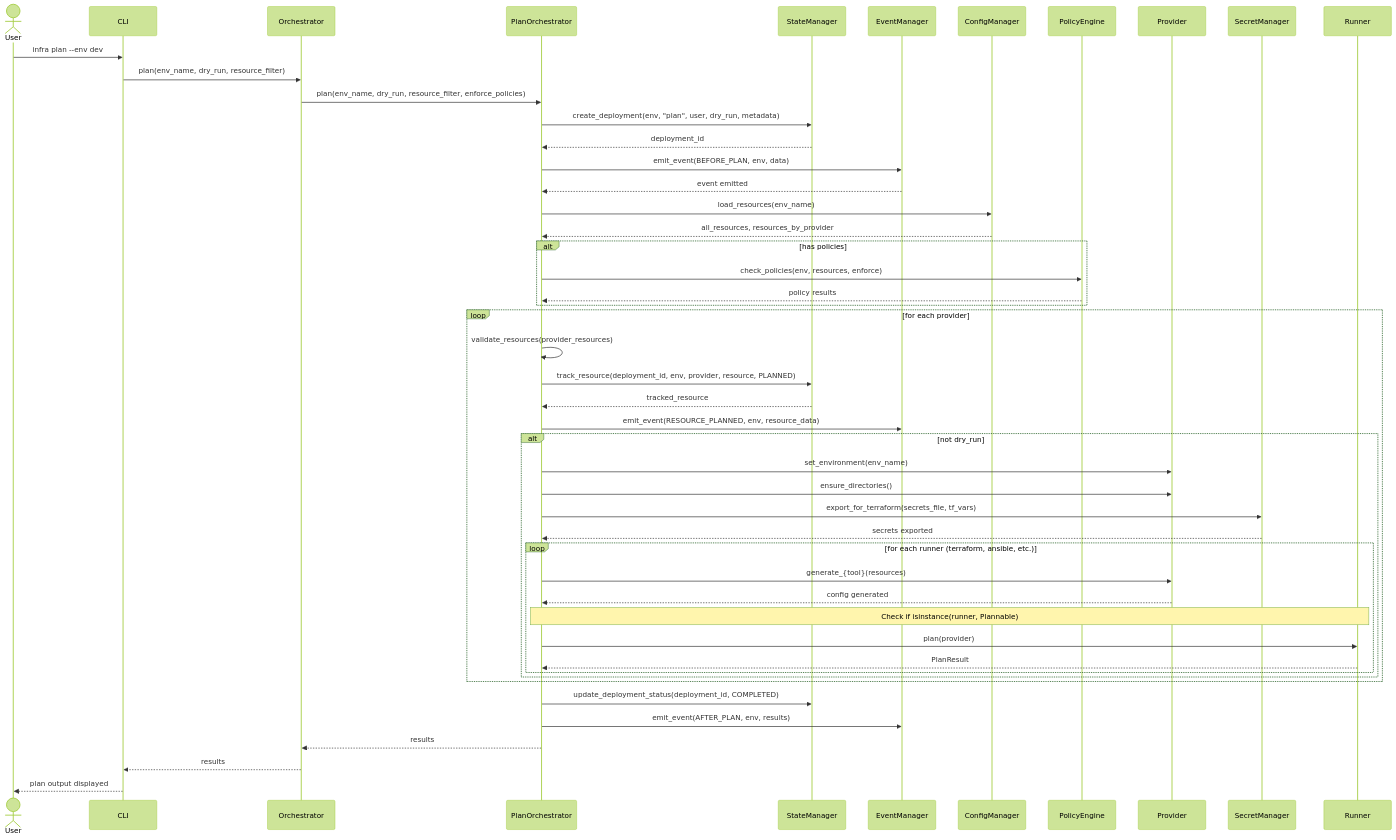
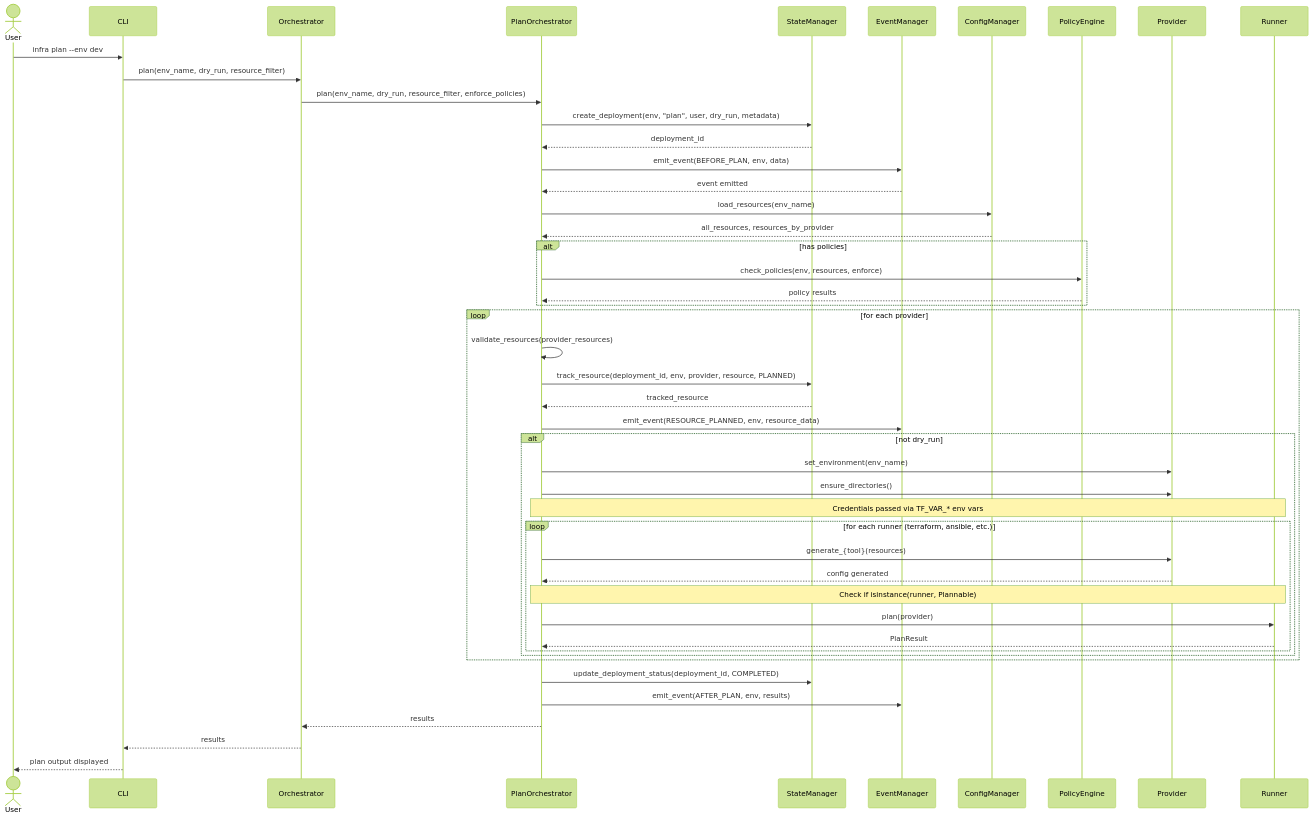
The first of 3 diagrams in docs/architecture/orchestrator-architecture.md (endavis/infrafoundry), drawn with Mermaid (forest theme) before and after one commit. The commit also changed other lines of this file and 10 other files, not shown here.

Commit message:
docs: update documentation for env-var secrets, lifecycle events, and removed tfvars (merges PR #424, addresses #423)

````diff
--- a/docs/architecture/orchestrator-architecture.md
+++ b/docs/architecture/orchestrator-architecture.md
@@ -54,65 +54,63 @@
 ```mermaid
 sequenceDiagram
     actor User
     participant CLI
     participant Orchestrator
     participant PlanOrchestrator
     participant StateManager
     participant EventManager
     participant ConfigManager
     participant PolicyEngine
     participant Provider
-    participant SecretManager
     participant Runner
 
     User->>CLI: infra plan --env dev
     CLI->>Orchestrator: plan(env_name, dry_run, resource_filter)
     Orchestrator->>PlanOrchestrator: plan(env_name, dry_run, resource_filter, enforce_policies)
 
     PlanOrchestrator->>StateManager: create_deployment(env, "plan", user, dry_run, metadata)
     StateManager-->>PlanOrchestrator: deployment_id
 
     PlanOrchestrator->>EventManager: emit_event(BEFORE_PLAN, env, data)
     EventManager-->>PlanOrchestrator: event emitted
 
     PlanOrchestrator->>ConfigManager: load_resources(env_name)
     ConfigManager-->>PlanOrchestrator: all_resources, resources_by_provider
 
     alt has policies
         PlanOrchestrator->>PolicyEngine: check_policies(env, resources, enforce)
         PolicyEngine-->>PlanOrchestrator: policy results
     end
 
     loop for each provider
         PlanOrchestrator->>PlanOrchestrator: validate_resources(provider_resources)
 
         PlanOrchestrator->>StateManager: track_resource(deployment_id, env, provider, resource, PLANNED)
         StateManager-->>PlanOrchestrator: tracked_resource
 
         PlanOrchestrator->>EventManager: emit_event(RESOURCE_PLANNED, env, resource_data)
 
         alt not dry_run
             PlanOrchestrator->>Provider: set_environment(env_name)
             PlanOrchestrator->>Provider: ensure_directories()
 
-            PlanOrchestrator->>SecretManager: export_for_terraform(secrets_file, tf_vars)
-            SecretManager-->>PlanOrchestrator: secrets exported
+            Note over PlanOrchestrator,Runner: Credentials passed via TF_VAR_* env vars
 
             loop for each runner (terraform, ansible, etc.)
                 PlanOrchestrator->>Provider: generate_{tool}(resources)
                 Provider-->>PlanOrchestrator: config generated
 
                 Note over PlanOrchestrator,Runner: Check if isinstance(runner, Plannable)
                 PlanOrchestrator->>Runner: plan(provider)
                 Runner-->>PlanOrchestrator: PlanResult
             end
         end
     end
 
     PlanOrchestrator->>StateManager: update_deployment_status(deployment_id, COMPLETED)
     PlanOrchestrator->>EventManager: emit_event(AFTER_PLAN, env, results)
 
     PlanOrchestrator-->>Orchestrator: results
     Orchestrator-->>CLI: results
     CLI-->>User: plan output displayed
 ```
````
